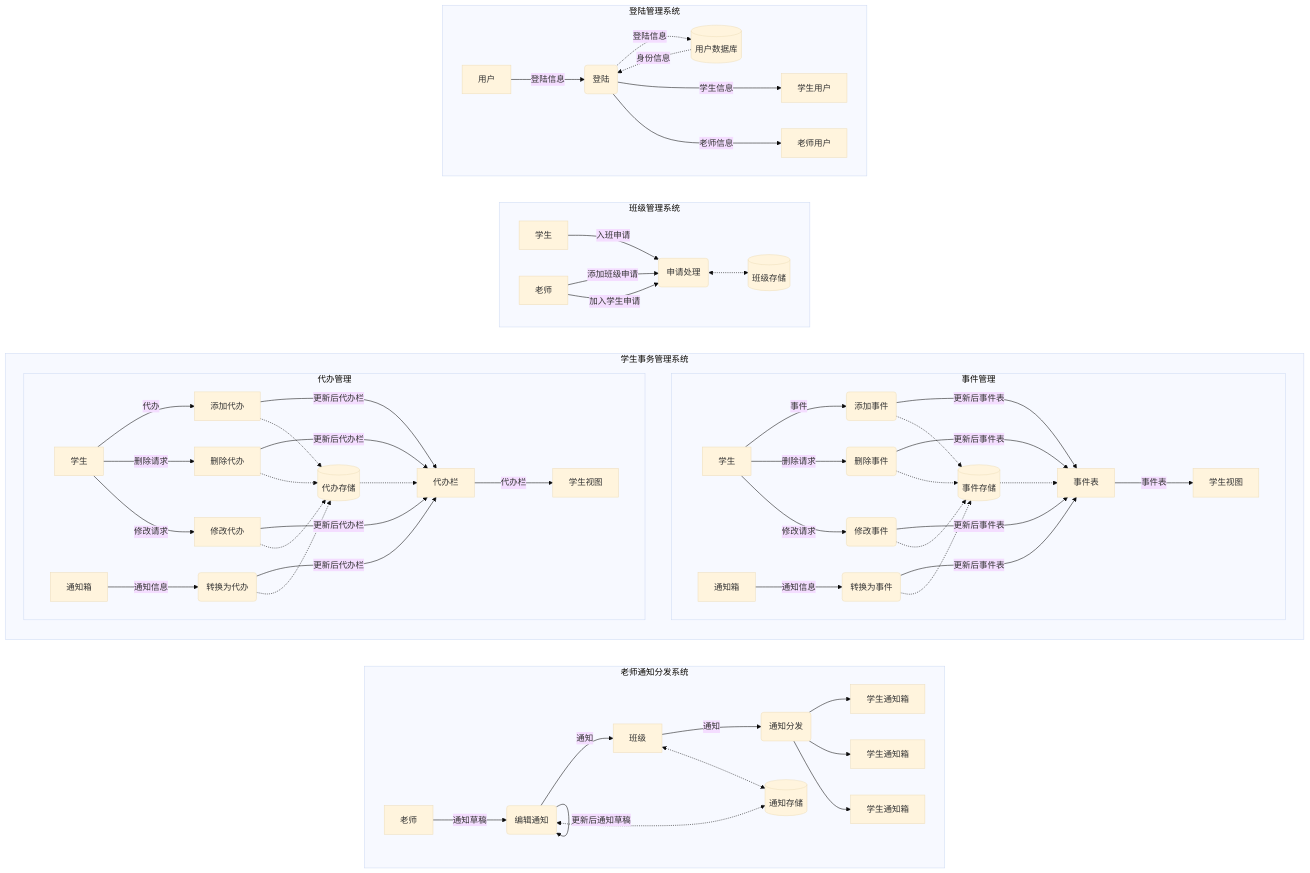
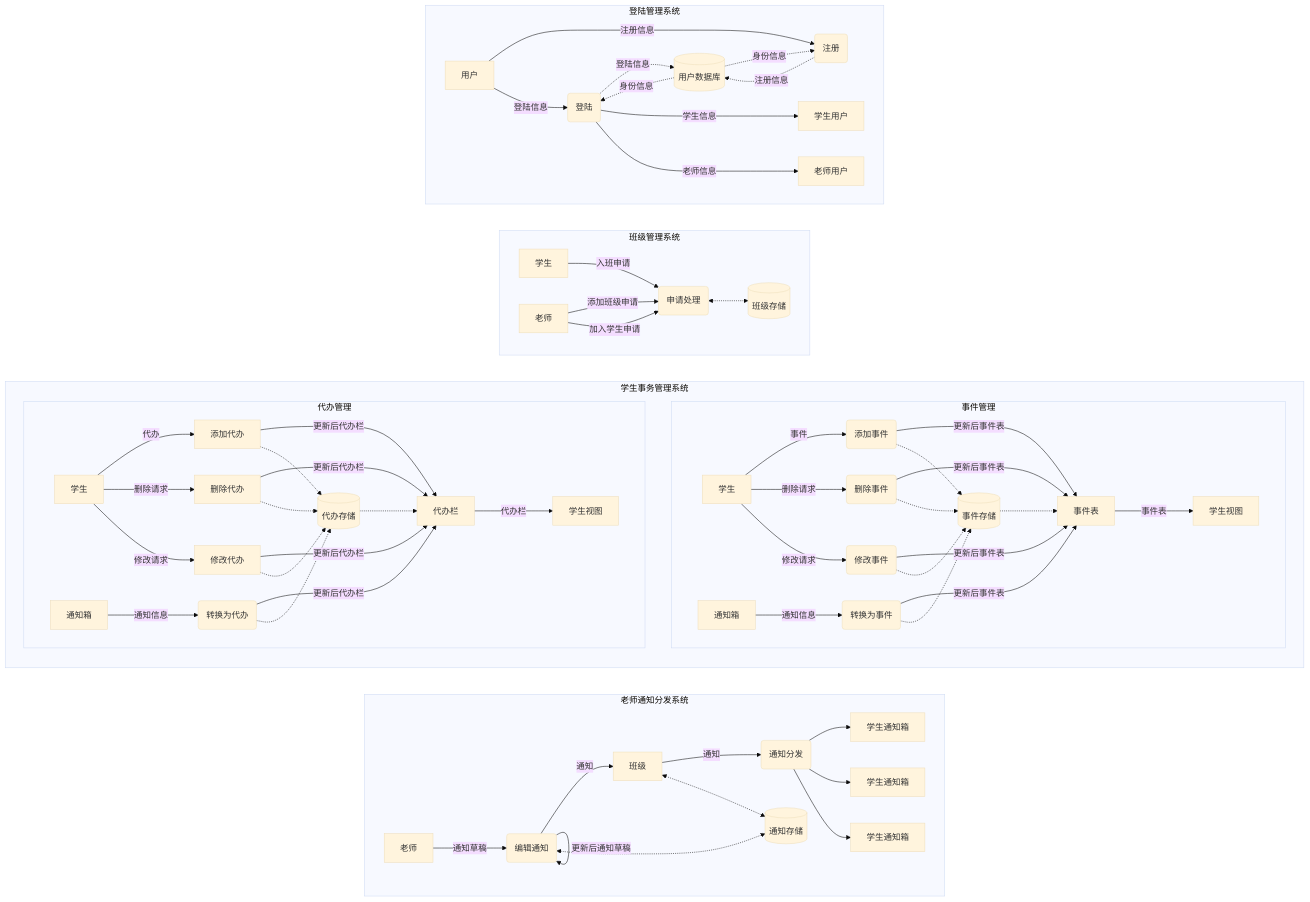
The diagram in doc/need-anal/func-lv3.mmd (Group-Lynx/grid), drawn with Mermaid (base theme) before and after one commit.

Commit message:
更新：登陆系统

```diff
--- a/doc/need-anal/func-lv3.mmd
+++ b/doc/need-anal/func-lv3.mmd
@@ -1,129 +1,135 @@
 flowchart LR
     subgraph TeacherSys["老师通知分发系统"]
         direction LR
 
         Teacher["老师"]
         Class["班级"]
         MsgEditing("编辑通知")
         MsgDistribute("通知分发")
         MsgDb[("通知存储")]
         StuDummy1["学生通知箱"]
         StuDummy2["学生通知箱"]
         StuDummy3["学生通知箱"]
 
         Teacher -->|"通知草稿"| MsgEditing -->|"通知"| Class -->|"通知"| MsgDistribute
         MsgEditing -->|"更新后通知草稿"| MsgEditing
 
         Class <-.-> MsgDb
         MsgEditing <-.-> MsgDb
 
         MsgDistribute --> StuDummy1
         MsgDistribute --> StuDummy2
         MsgDistribute --> StuDummy3
     end
 
 
     subgraph StudentSys["学生事务管理系统"]
         direction TB
         
         subgraph EventSys["事件管理"]
             direction LR
 
             StudentEventSys["学生"]
             StudentViewEventSys["学生视图"]
             EventView["事件表"]
             EventAdd("添加事件")
             EventDel("删除事件")
             EventMod("修改事件")
             EventDB[("事件存储")]
             MsgViewEventSys["通知箱"]
             IntoEvent("转换为事件")
 
             StudentEventSys -->|"事件"| EventAdd
             StudentEventSys -->|"删除请求"| EventDel
             StudentEventSys -->|"修改请求"| EventMod
 
             EventAdd -->|"更新后事件表"| EventView
             EventMod -->|"更新后事件表"| EventView
             EventDel -->|"更新后事件表"| EventView
 
             MsgViewEventSys -->|"通知信息"| IntoEvent
             IntoEvent -->|"更新后事件表"| EventView
 
             EventView -->|"事件表"| StudentViewEventSys
 
             EventAdd -.-> EventDB
             EventMod -.-> EventDB
             EventDel -.-> EventDB
             IntoEvent -.-> EventDB
             EventDB -.-> EventView
 
         end
 
         subgraph TodoSys["代办管理"]
             direction LR
 
             StudentTodoSys["学生"]
             TodoView["代办栏"]
             StudentViewTodoSys["学生视图"]
             MsgViewTodoSys["通知箱"]
             TodoAdd["添加代办"]
             TodoDel["删除代办"]
             TodoMod["修改代办"]
             TodoDB[("代办存储")]
             IntoTodo("转换为代办")
             
             TodoAdd -->|"更新后代办栏"| TodoView
             TodoDel -->|"更新后代办栏"| TodoView
             TodoMod -->|"更新后代办栏"| TodoView
 
             MsgViewTodoSys -->|"通知信息"| IntoTodo
             IntoTodo -->|"更新后代办栏"| TodoView
 
             TodoView -->|"代办栏"| StudentViewTodoSys
 
             StudentTodoSys -->|"代办"| TodoAdd
             StudentTodoSys -->|"删除请求"| TodoDel
             StudentTodoSys -->|"修改请求"| TodoMod
             
             TodoAdd -.-> TodoDB
             TodoDel -.-> TodoDB
             TodoMod -.-> TodoDB
             IntoTodo -.-> TodoDB
             TodoDB -.-> TodoView
 
             TodoView
         end
     end
 
     subgraph ClassSys["班级管理系统"]
         direction LR
 
         StudentClassSys["学生"]
         TeacherClassSys["老师"]
         ApprovalSys("申请处理")
         ClassDB[("班级存储")]
 
         StudentClassSys -->|"入班申请"| ApprovalSys
         TeacherClassSys -->|"添加班级申请"| ApprovalSys
         TeacherClassSys -->|"加入学生申请"| ApprovalSys
         ApprovalSys <-.-> ClassDB
     end
 
     subgraph LoginSys["登陆管理系统"]
         direction LR
 
         User["用户"]
         Login("登陆")
+        Signup("注册")
         StuUser["学生用户"]
         TchUser["老师用户"]
 
         UserDB[("用户数据库")]
 
         User -->|"登陆信息"| Login
+        User -->|"注册信息"| Signup
+
         Login --->|"学生信息"| StuUser
         Login --->|"老师信息"| TchUser
+
+        Signup -.->|"注册信息"| UserDB
+        UserDB -.->|"身份信息"| Signup
 
         Login -.->|"登陆信息"| UserDB
         UserDB -.->|"身份信息"| Login
     end
```
